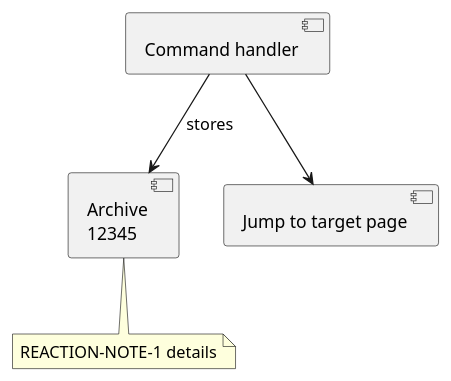
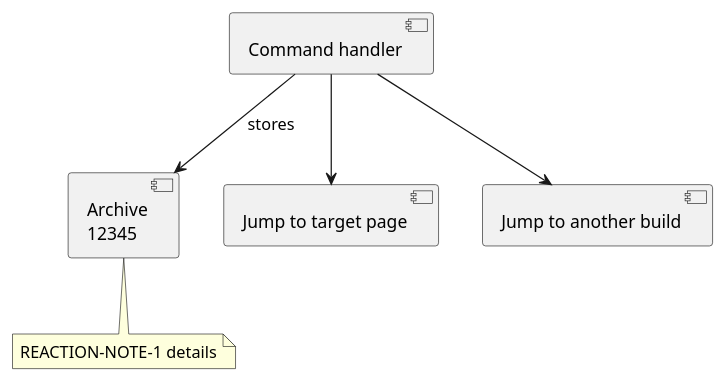
Before and after one commit to matf/docusaurus-plantuml-plugin: the first of 3 diagrams in examples/docusaurus/docs/links.md, drawn with PlantUML. The commit also changed 34 other files, not shown here.

First line of the commit message:
Configurable maxSvgSize, and route in-diagram links only where this build routes (#39)

````diff
--- a/examples/docusaurus/docs/links.md
+++ b/examples/docusaurus/docs/links.md
@@ -19,11 +19,13 @@
 ```plantuml title="Navigable components"
 @startuml
 component "Command handler" as MESSAGE_MY_GREAT_COMMAND
 component "Archive\n12345" as archive
 component "Jump to target page" as JUMP_CROSS [[/docs/links-target#graph?highlight-node=TARGET_NODE_7]]
+component "Jump to another build" as JUMP_UNROUTED [[/elsewhere/sibling-build-page]]
 note "REACTION-NOTE-1 details" as REACTIONNOTE1
 MESSAGE_MY_GREAT_COMMAND --> archive : stores
 MESSAGE_MY_GREAT_COMMAND --> JUMP_CROSS
+MESSAGE_MY_GREAT_COMMAND --> JUMP_UNROUTED
 archive .. REACTIONNOTE1
 @enduml
 ```
````
